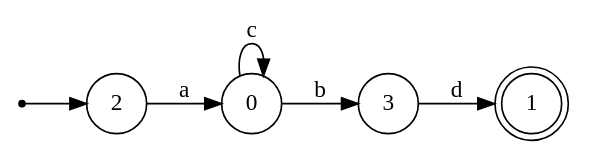
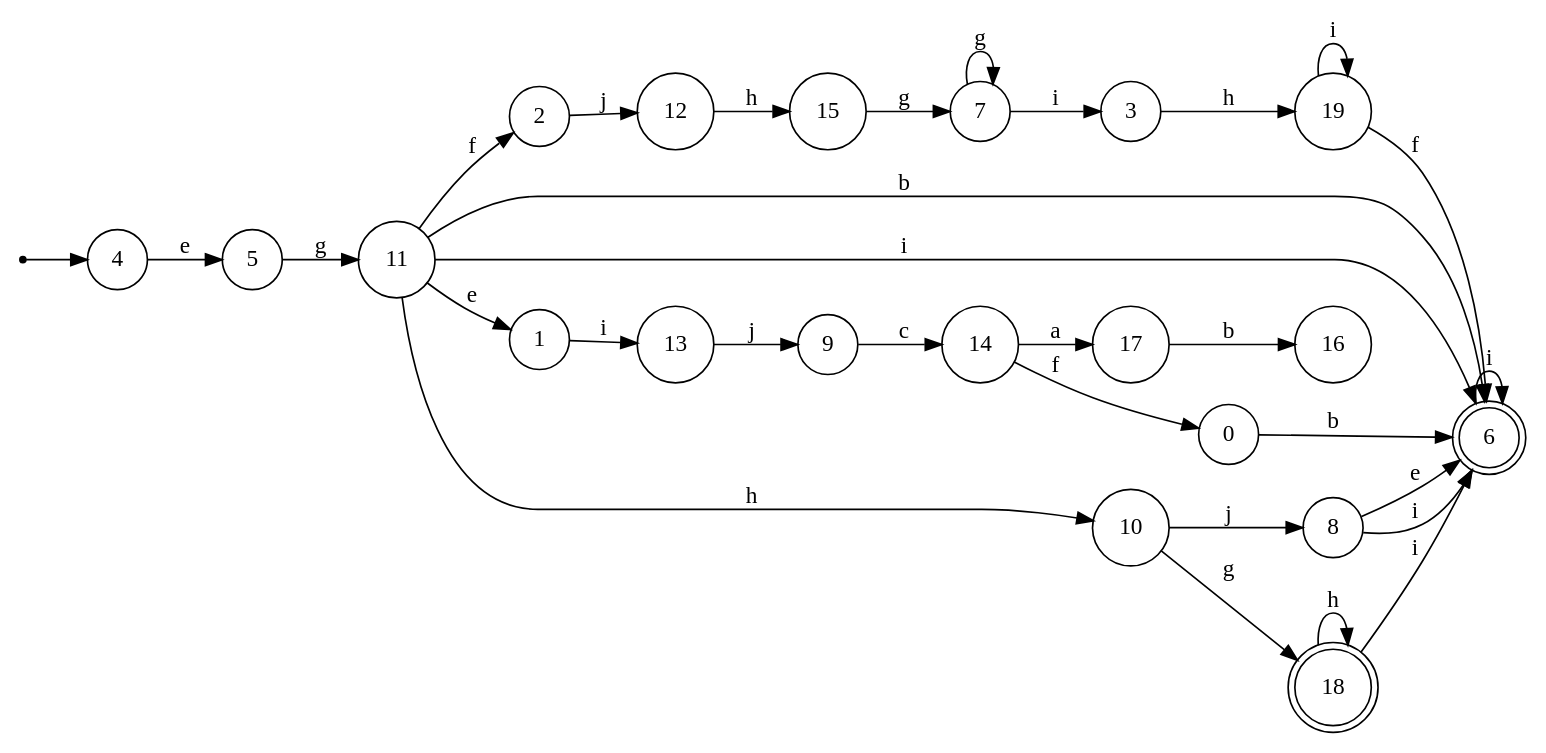
The diagram in minimized/pre_scores.gv (LeonardoDeFaveri/NFA-minimization), drawn with Graphviz before and after one commit. The commit also changed 17 other files, not shown here.

```diff
--- a/minimized/pre_scores.gv
+++ b/minimized/pre_scores.gv
@@ -1,14 +1,55 @@
 digraph {
 	rankdir = LR;
 	size = "30,20";
 	node [shape = point]; "dummy0"
-	node [shape = circle]; "2"
-	"dummy0" -> "2";
-	node [shape = doublecircle]; "1";
+	node [shape = circle]; "4"
+	"dummy0" -> "4";
+	node [shape = circle]; "13";
+	node [shape = circle]; "8";
+	node [shape = circle]; "2";
+	node [shape = circle]; "5";
+	node [shape = doublecircle]; "6";
+	node [shape = circle]; "7";
+	node [shape = circle]; "12";
+	node [shape = circle]; "14";
+	node [shape = circle]; "15";
+	node [shape = circle]; "1";
+	node [shape = circle]; "9";
+	node [shape = circle]; "10";
+	node [shape = circle]; "11";
+	node [shape = circle]; "16";
+	node [shape = circle]; "17";
+	node [shape = doublecircle]; "18";
 	node [shape = circle]; "3";
 	node [shape = circle]; "0";
-	"0" -> "3" [label = "b"];
-	"0" -> "0" [label = "c"];
-	"3" -> "1" [label = "d"];
-	"2" -> "0" [label = "a"];
+	node [shape = circle]; "19";
+	"2" -> "12" [label = "j"];
+	"4" -> "5" [label = "e"];
+	"15" -> "7" [label = "g"];
+	"11" -> "2" [label = "f"];
+	"11" -> "10" [label = "h"];
+	"11" -> "6" [label = "b"];
+	"11" -> "1" [label = "e"];
+	"11" -> "6" [label = "i"];
+	"18" -> "6" [label = "i"];
+	"18" -> "18" [label = "h"];
+	"5" -> "11" [label = "g"];
+	"19" -> "6" [label = "f"];
+	"19" -> "19" [label = "i"];
+	"7" -> "7" [label = "g"];
+	"7" -> "3" [label = "i"];
+	"10" -> "18" [label = "g"];
+	"10" -> "8" [label = "j"];
+	"8" -> "6" [label = "e"];
+	"8" -> "6" [label = "i"];
+	"1" -> "13" [label = "i"];
+	"14" -> "17" [label = "a"];
+	"14" -> "0" [label = "f"];
+	"6" -> "6" [label = "i"];
+	"13" -> "9" [label = "j"];
+	"17" -> "16" [label = "b"];
+	"0" -> "6" [label = "b"];
+	"9" -> "14" [label = "c"];
+	"3" -> "19" [label = "h"];
+	"12" -> "15" [label = "h"];
 }
```
